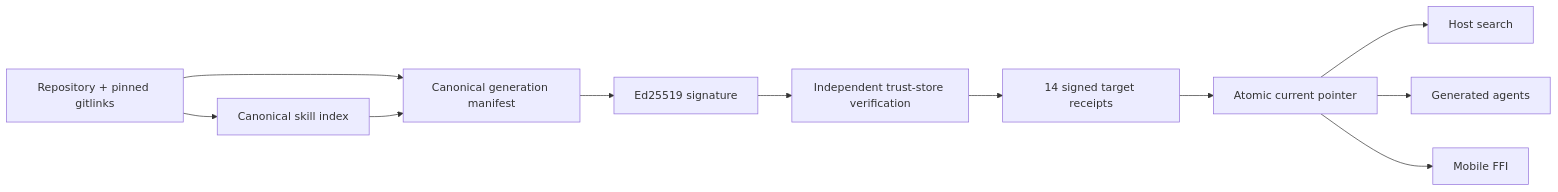
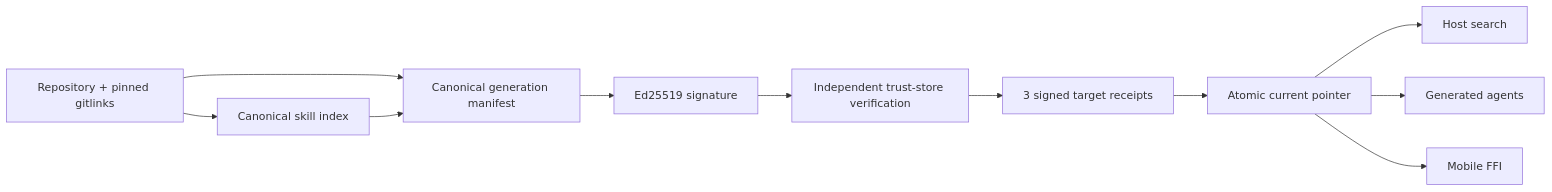
The diagram in site/docs/plugin-distribution/signing-index-and-receipts.md (Prometheus-AGS/prometheus-skill-system), drawn with Mermaid before and after one commit. The commit also changed 216 other files, not shown here.

````diff
--- a/site/docs/plugin-distribution/signing-index-and-receipts.md
+++ b/site/docs/plugin-distribution/signing-index-and-receipts.md
@@ -11,13 +11,13 @@
 ```mermaid
 flowchart LR
   Source["Repository + pinned gitlinks"] --> Index["Canonical skill index"]
   Source --> Manifest["Canonical generation manifest"]
   Index --> Manifest
   Manifest --> Sign["Ed25519 signature"]
   Sign --> Verify["Independent trust-store verification"]
-  Verify --> Receipts["14 signed target receipts"]
+  Verify --> Receipts["3 signed target receipts"]
   Receipts --> Current["Atomic current pointer"]
   Current --> Host["Host search"]
   Current --> Agent["Generated agents"]
   Current --> Mobile["Mobile FFI"]
 ```
````
